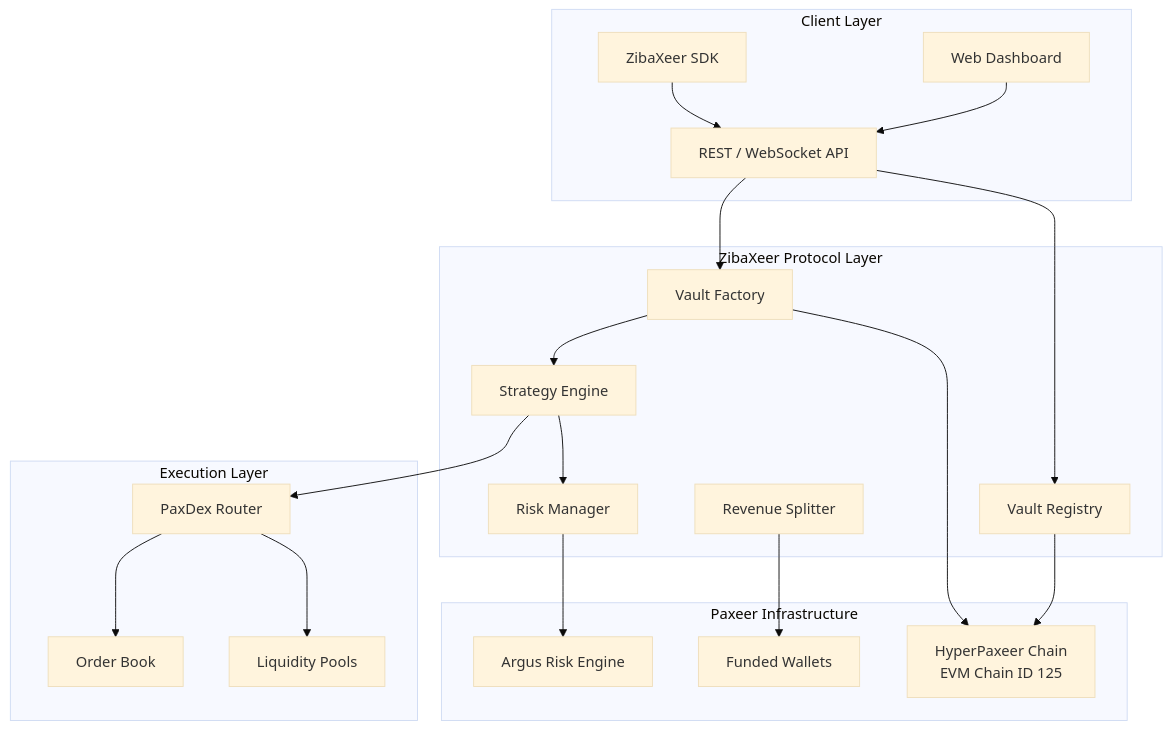
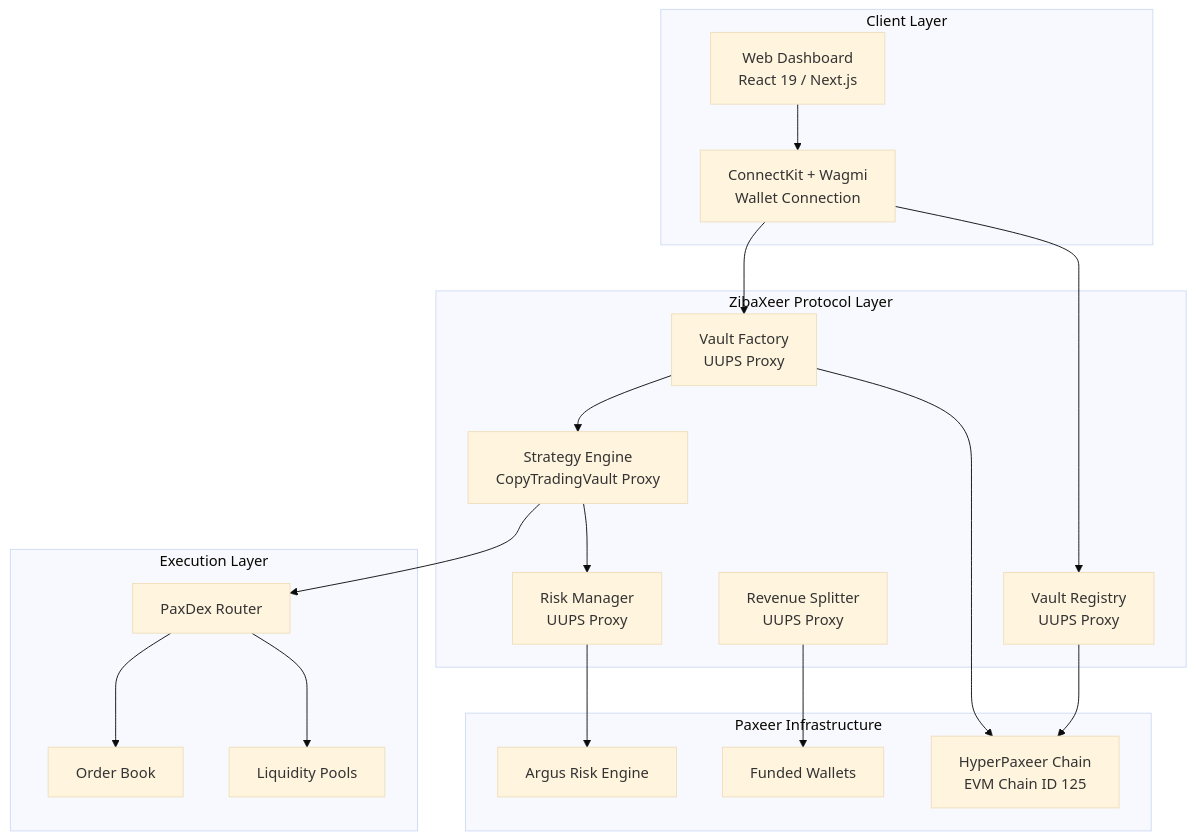
The first of 7 diagrams in README.md (thetruesammyjay/ZibaXeer), drawn with Mermaid (base theme) before and after one commit. The commit also changed other lines of this file and 2748 other files, not shown here.

Commit message:
feat: implement frontend web3 hooks, smart contract testing suite, and indexer architecture scaffold

````diff
--- a/README.md
+++ b/README.md
@@ -61,42 +61,40 @@
 ```mermaid
 graph TB
     subgraph Clients["Client Layer"]
-        WEB[Web Dashboard]
-        SDK[ZibaXeer SDK]
-        API[REST / WebSocket API]
+        WEB[Web Dashboard<br/>React 19 / Next.js]
+        WC[ConnectKit + Wagmi<br/>Wallet Connection]
     end
 
     subgraph Protocol["ZibaXeer Protocol Layer"]
-        VF[Vault Factory]
-        VR[Vault Registry]
-        SE[Strategy Engine]
-        RM[Risk Manager]
-        RS[Revenue Splitter]
+        VF[Vault Factory<br/>UUPS Proxy]
+        VR[Vault Registry<br/>UUPS Proxy]
+        SE[Strategy Engine<br/>CopyTradingVault Proxy]
+        RM[Risk Manager<br/>UUPS Proxy]
+        RS[Revenue Splitter<br/>UUPS Proxy]
     end
 
     subgraph Execution["Execution Layer"]
         PD[PaxDex Router]
         OB[Order Book]
         LP[Liquidity Pools]
     end
 
     subgraph Infrastructure["Paxeer Infrastructure"]
         AE[Argus Risk Engine]
         FW[Funded Wallets]
         HP[HyperPaxeer Chain<br/>EVM Chain ID 125]
     end
 
-    WEB --> API
-    SDK --> API
-    API --> VF
-    API --> VR
+    WEB --> WC
+    WC --> VF
+    WC --> VR
     VF --> SE
     SE --> RM
     RM --> AE
     SE --> PD
     PD --> OB
     PD --> LP
     RS --> FW
     VR --> HP
     VF --> HP
 ```
````
